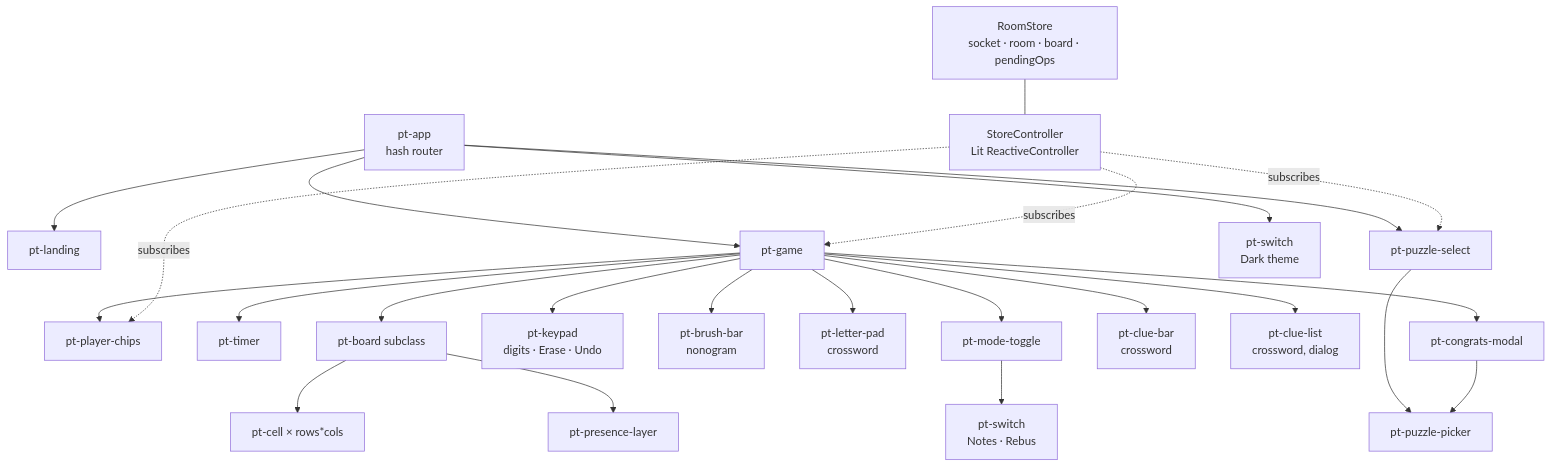
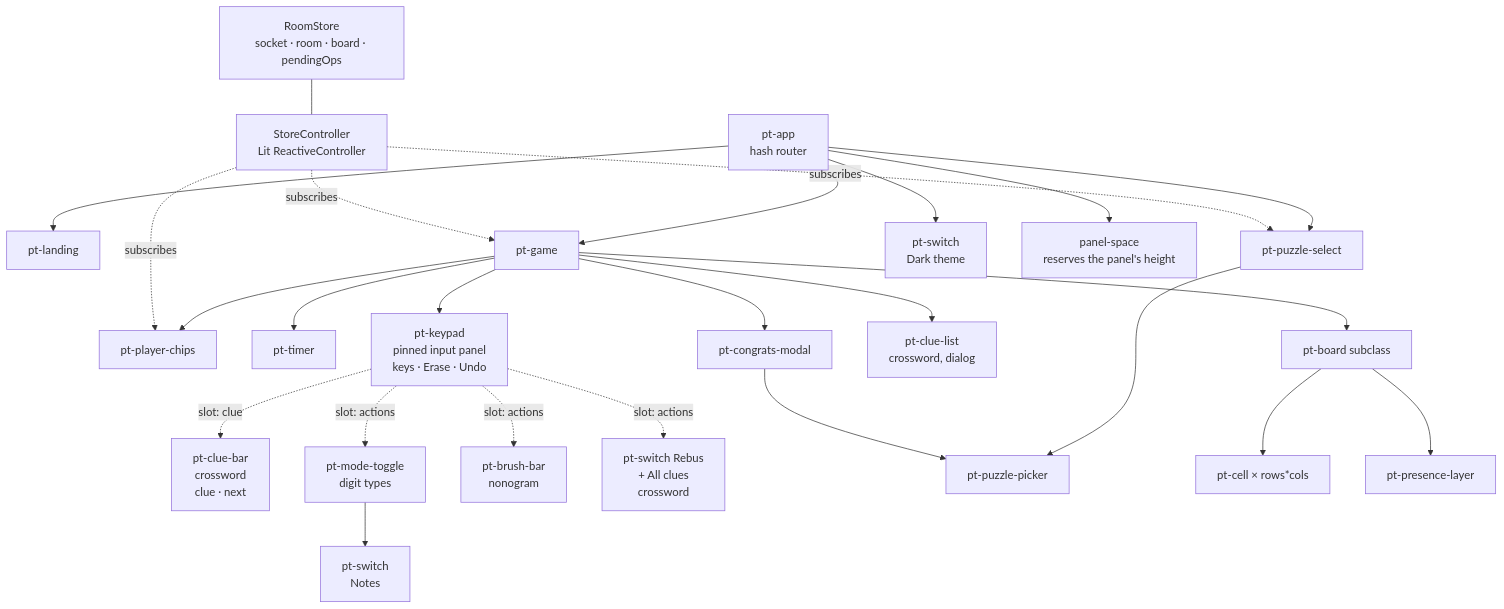
The sixth of 6 diagrams in docs/architecture.md (nikhilasm/puzzletogether), drawn with Mermaid before and after one commit. The commit also changed other lines of this file and 26 other files, not shown here.

Commit message:
Use floating panel keypad for all games, first pass

````diff
--- a/docs/architecture.md
+++ b/docs/architecture.md
@@ -211,33 +211,35 @@
 ```mermaid
 flowchart TB
     APP["pt-app<br/>hash router"]
     APP --> LAND["pt-landing"]
     APP --> SEL["pt-puzzle-select"]
     APP --> GAME["pt-game"]
 
     GAME --> CHIPS["pt-player-chips"]
     GAME --> TIMER["pt-timer"]
     GAME --> BOARD["pt-board subclass"]
-    GAME --> KEYPAD["pt-keypad<br/>digits · Erase · Undo"]
-    GAME --> BRUSH["pt-brush-bar<br/>nonogram"]
-    GAME --> LETTERS["pt-letter-pad<br/>crossword"]
-    GAME --> MODE["pt-mode-toggle"]
-    GAME --> CLUEBAR["pt-clue-bar<br/>crossword"]
+    GAME --> KEYPAD["pt-keypad<br/>pinned input panel<br/>keys · Erase · Undo"]
     GAME --> CLUELIST["pt-clue-list<br/>crossword, dialog"]
     GAME --> MODAL["pt-congrats-modal"]
 
+    KEYPAD -. "slot: clue" .-> CLUEBAR["pt-clue-bar<br/>crossword<br/>clue · next"]
+    KEYPAD -. "slot: actions" .-> MODE["pt-mode-toggle<br/>digit types"]
+    KEYPAD -. "slot: actions" .-> BRUSH["pt-brush-bar<br/>nonogram"]
+    KEYPAD -. "slot: actions" .-> REBUS["pt-switch Rebus<br/>+ All clues<br/>crossword"]
+
     APP --> THEMESW["pt-switch<br/>Dark theme"]
-    MODE --> SWITCH["pt-switch<br/>Notes · Rebus"]
+    APP --> SPACE["panel-space<br/>reserves the panel's height"]
+    MODE --> SWITCH["pt-switch<br/>Notes"]
     SEL --> PICKER["pt-puzzle-picker"]
     MODAL --> PICKER
 
     BOARD --> CELL["pt-cell × rows*cols"]
     BOARD --> PRES["pt-presence-layer"]
 
     STORE["RoomStore<br/>socket · room · board · pendingOps"]
     CTRL["StoreController<br/>Lit ReactiveController"]
     STORE --- CTRL
     CTRL -. subscribes .-> GAME
     CTRL -. subscribes .-> SEL
     CTRL -. subscribes .-> CHIPS
 ```
````
